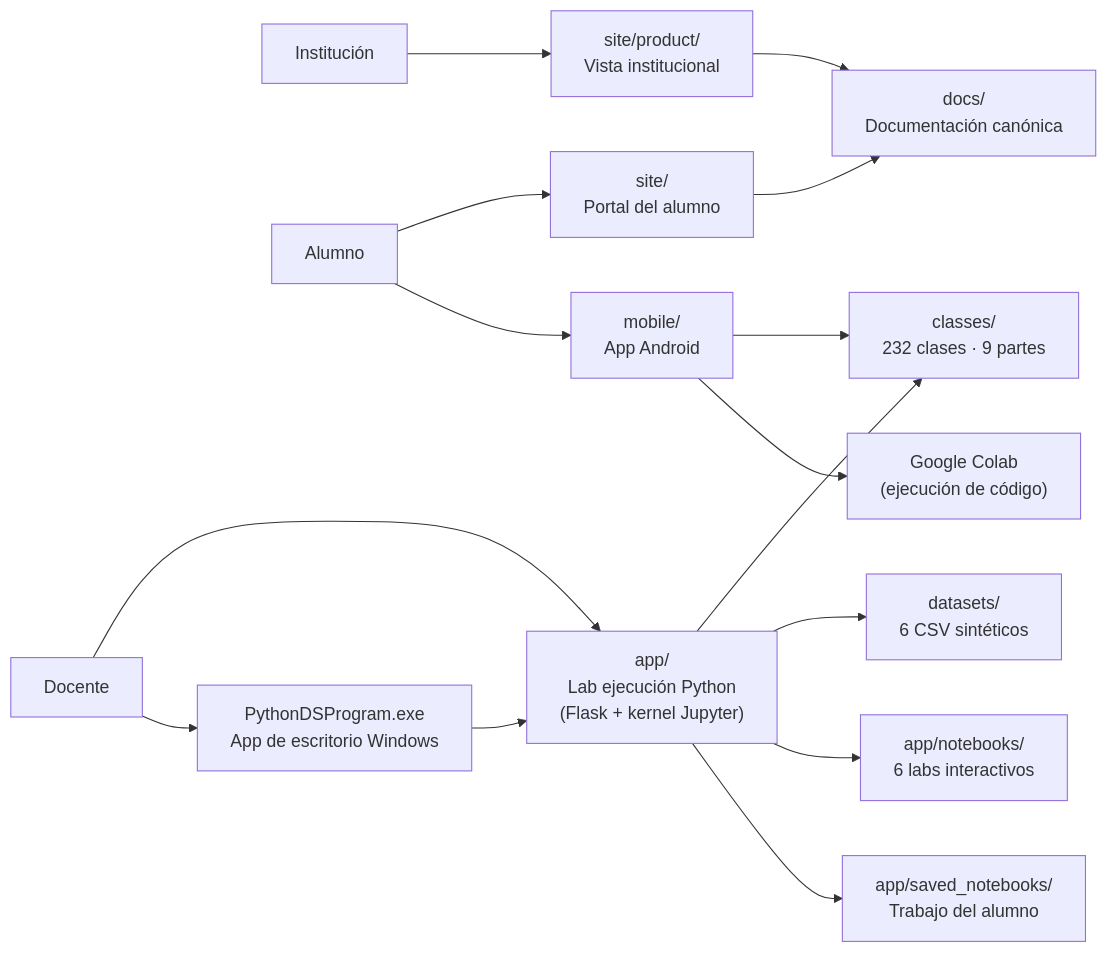
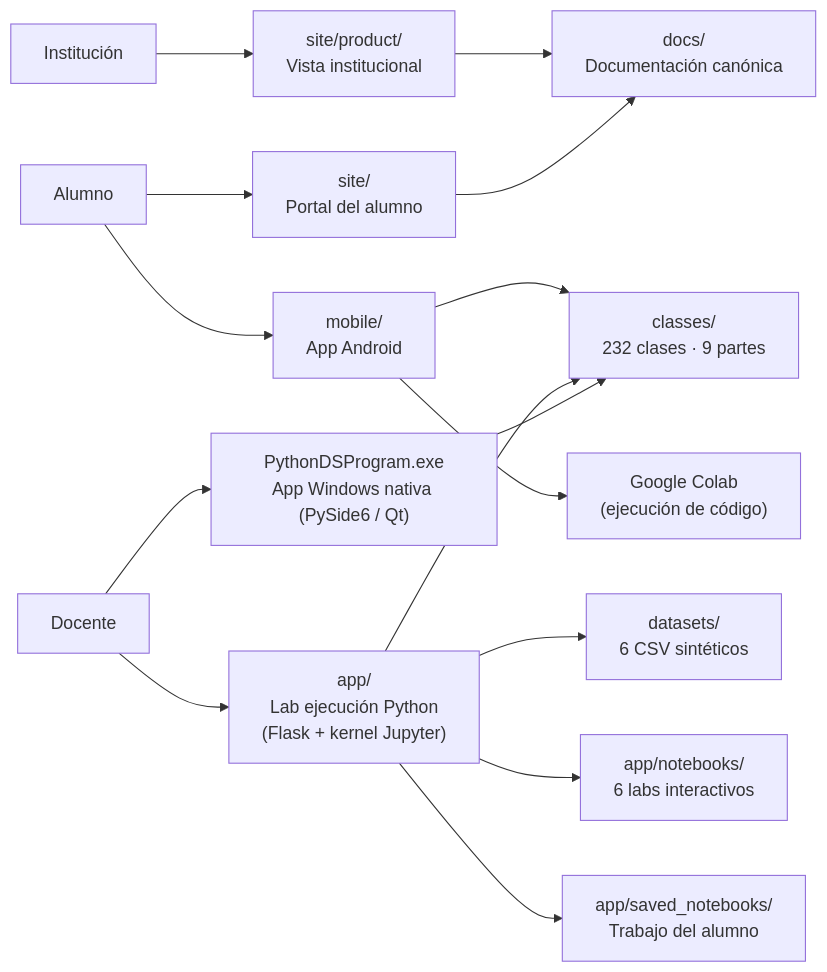
One commit to vladimiracunadev-create/python-data-science-bootcamp changed the first of 2 diagrams in README.md. Above: the diagram before and after it, drawn with Mermaid. The commit also changed other lines of this file and 14 other files, not shown here.

````diff
--- a/README.md
+++ b/README.md
@@ -193,18 +192,18 @@
 ```mermaid
 graph LR
     INST["Institución"] --> PRODUCT["site/product/\nVista institucional"]
     ALUM["Alumno"] --> PORTAL["site/\nPortal del alumno"]
     ALUM --> MOBILE["mobile/\nApp Android"]
     DOC["Docente"] --> LAB["app/\nLab ejecución Python\n(Flask + kernel Jupyter)"]
-    DOC --> WIN["PythonDSProgram.exe\nApp de escritorio Windows"]
+    DOC --> WIN["PythonDSProgram.exe\nApp Windows nativa (PySide6 / Qt)"]
 
     PRODUCT --> DOCS["docs/\nDocumentación canónica"]
     PORTAL --> DOCS
     MOBILE --> CLASSES["classes/\n232 clases · 9 partes"]
     MOBILE --> COLAB["Google Colab\n(ejecución de código)"]
     LAB --> CLASSES
     LAB --> DATA["datasets/\n6 CSV sintéticos"]
     LAB --> NOTEBOOKS["app/notebooks/\n6 labs interactivos"]
     LAB --> SAVED["app/saved_notebooks/\nTrabajo del alumno"]
-    WIN --> LAB
+    WIN --> CLASSES
 ```
````
